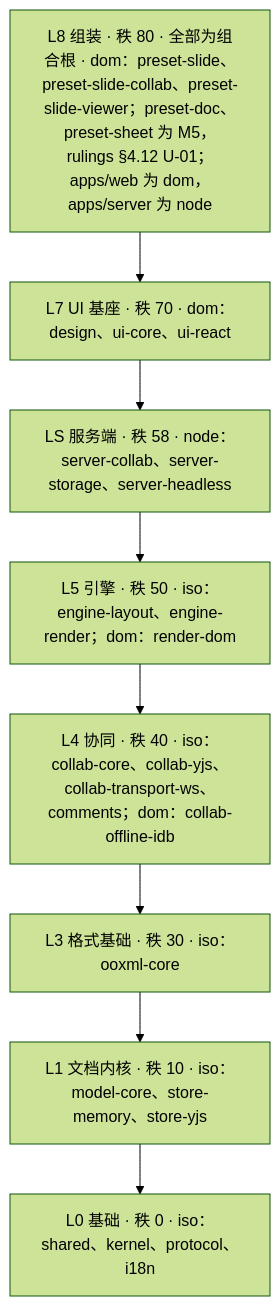
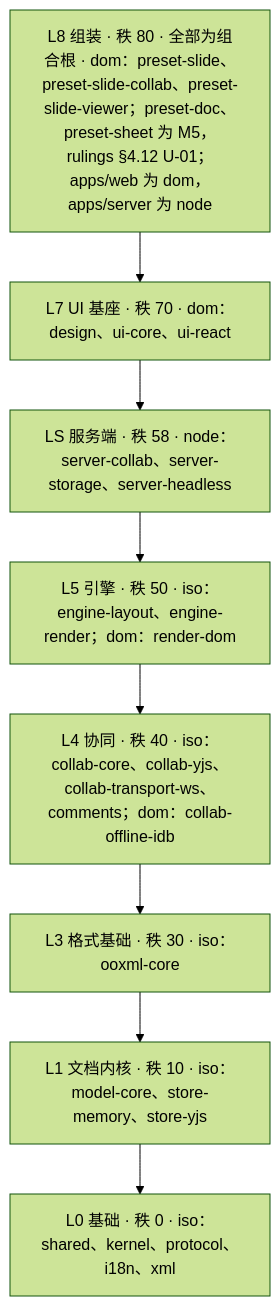
The fifth of 20 diagrams in docs/00-charter/charter.md (Xeonice/cordis-ppt-editor), drawn with Mermaid (forest theme) before and after one commit. The commit also changed other lines of this file and 78 other files, not shown here.

````diff
--- a/docs/00-charter/charter.md
+++ b/docs/00-charter/charter.md
@@ -231,12 +265,12 @@
 ```mermaid
 flowchart TB
   L8["L8 组装 · 秩 80 · 全部为组合根 · dom：preset-slide、preset-slide-collab、preset-slide-viewer；preset-doc、preset-sheet 为 M5，rulings §4.12 U-01；apps/web 为 dom，apps/server 为 node"]
   L7["L7 UI 基座 · 秩 70 · dom：design、ui-core、ui-react"]
   LS["LS 服务端 · 秩 58 · node：server-collab、server-storage、server-headless"]
   L5["L5 引擎 · 秩 50 · iso：engine-layout、engine-render；dom：render-dom"]
   L4["L4 协同 · 秩 40 · iso：collab-core、collab-yjs、collab-transport-ws、comments；dom：collab-offline-idb"]
   L3["L3 格式基础 · 秩 30 · iso：ooxml-core"]
   L1["L1 文档内核 · 秩 10 · iso：model-core、store-memory、store-yjs"]
-  L0["L0 基础 · 秩 0 · iso：shared、kernel、protocol、i18n"]
+  L0["L0 基础 · 秩 0 · iso：shared、kernel、protocol、i18n、xml"]
   L8 --> L7 --> LS --> L5 --> L4 --> L3 --> L1 --> L0
 ```
````
